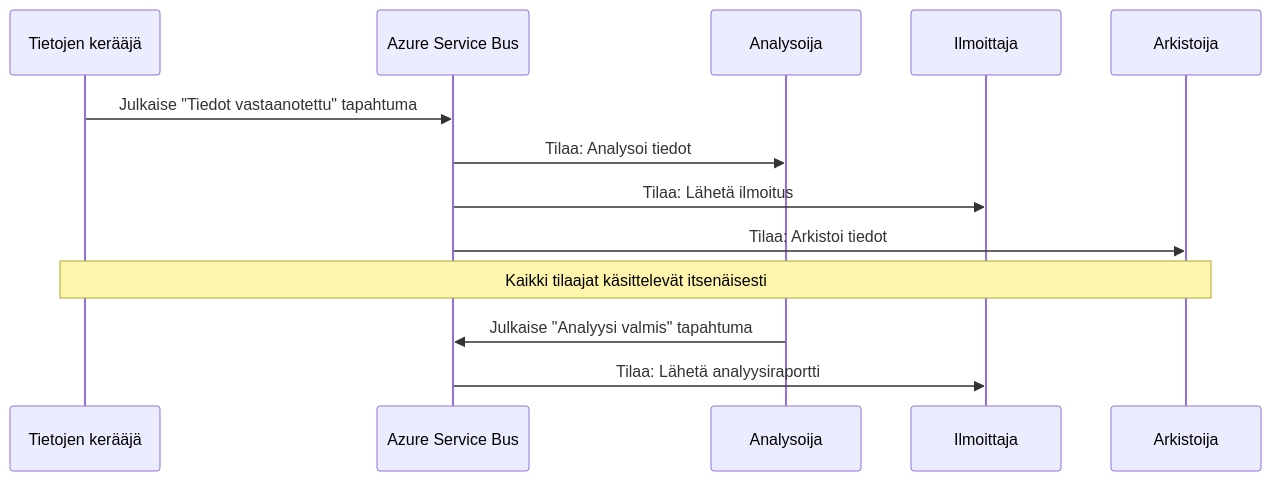
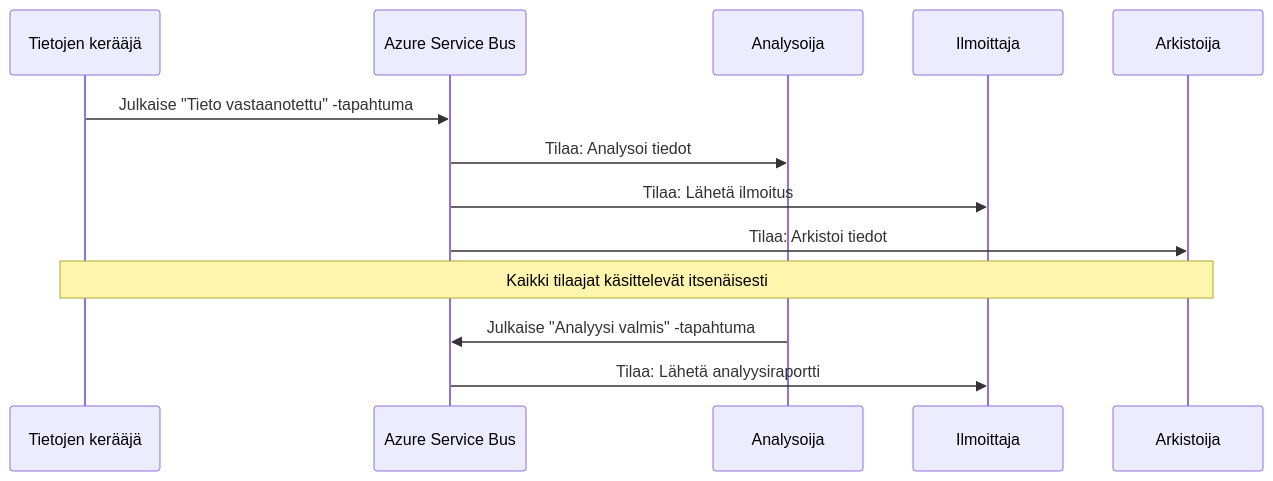
One commit to microsoft/AZD-for-beginners changed the fourth of 6 diagrams in translations/fi/docs/chapter-06-pre-deployment/coordination-patterns.md. Above: the diagram before and after it, drawn with Mermaid. The commit also changed other lines of this file and 101 other files, not shown here.

````diff
--- a/translations/fi/docs/chapter-06-pre-deployment/coordination-patterns.md
+++ b/translations/fi/docs/chapter-06-pre-deployment/coordination-patterns.md
@@ -191,18 +185,18 @@
 ```mermaid
 sequenceDiagram
     participant Agent1 as Tietojen kerääjä
     participant EventBus as Azure Service Bus
     participant Agent2 as Analysoija
     participant Agent3 as Ilmoittaja
     participant Agent4 as Arkistoija
     
-    Agent1->>EventBus: Julkaise "Tiedot vastaanotettu" tapahtuma
+    Agent1->>EventBus: Julkaise "Tieto vastaanotettu" -tapahtuma
     EventBus->>Agent2: Tilaa: Analysoi tiedot
     EventBus->>Agent3: Tilaa: Lähetä ilmoitus
     EventBus->>Agent4: Tilaa: Arkistoi tiedot
     
     Note over Agent1,Agent4: Kaikki tilaajat käsittelevät itsenäisesti
     
-    Agent2->>EventBus: Julkaise "Analyysi valmis" tapahtuma
+    Agent2->>EventBus: Julkaise "Analyysi valmis" -tapahtuma
     EventBus->>Agent3: Tilaa: Lähetä analyysiraportti
 ```
````
